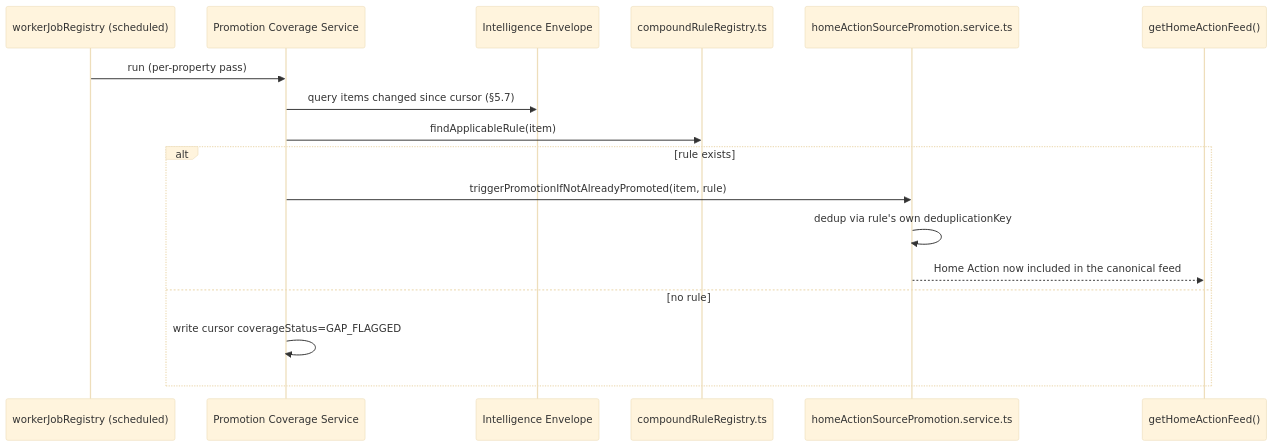
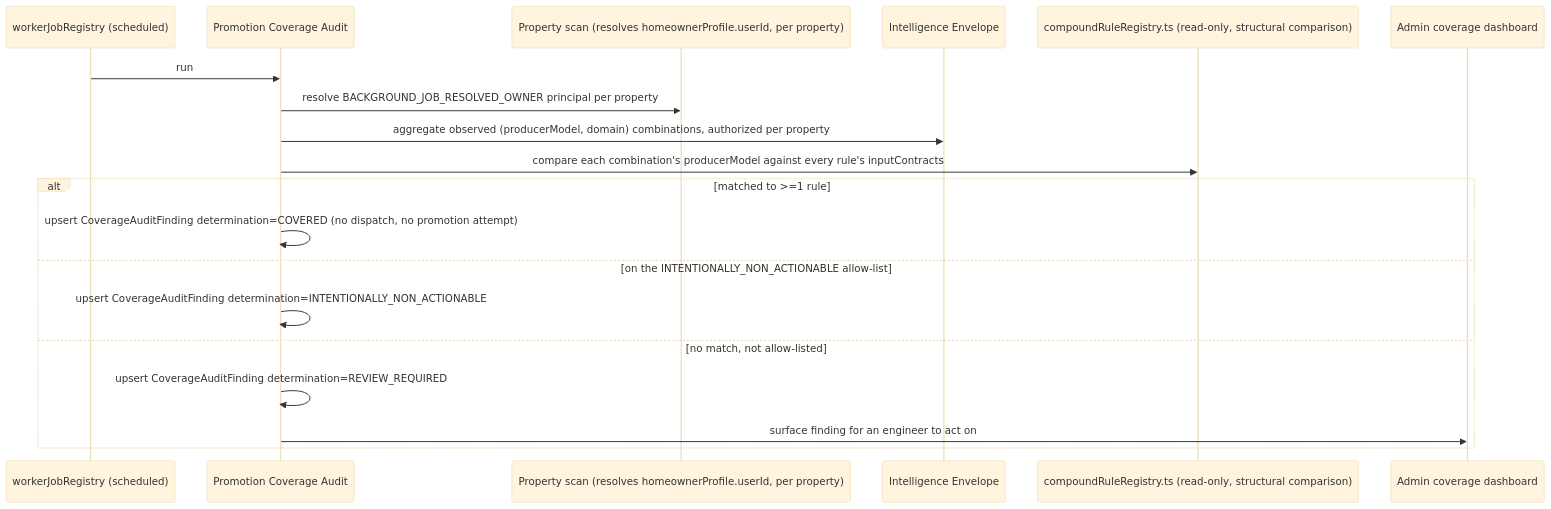
One commit to madhuboyin/contract-to-cozy1 changed the fifth of 9 diagrams in docs/architecture/C2C_INTELLIGENCE_AGENTIC_EVOLUTION_ARCHITECTURE.md. Above: the diagram before and after it, drawn with Mermaid (base theme). The commit also changed other lines of this file, not shown here.

````diff
--- a/docs/architecture/C2C_INTELLIGENCE_AGENTIC_EVOLUTION_ARCHITECTURE.md
+++ b/docs/architecture/C2C_INTELLIGENCE_AGENTIC_EVOLUTION_ARCHITECTURE.md
@@ -717,20 +760,22 @@
 ```mermaid
 sequenceDiagram
   participant Cron as workerJobRegistry (scheduled)
-  participant Cov as Promotion Coverage Service
+  participant Cov as Promotion Coverage Audit
+  participant Prop as Property scan (resolves homeownerProfile.userId, per property)
   participant Env as Intelligence Envelope
-  participant Rules as compoundRuleRegistry.ts
-  participant Promo as homeActionSourcePromotion.service.ts
-  participant Feed as getHomeActionFeed()
+  participant Rules as compoundRuleRegistry.ts (read-only, structural comparison)
+  participant Dash as Admin coverage dashboard
 
-  Cron->>Cov: run (per-property pass)
-  Cov->>Env: query items changed since cursor (§5.7)
-  Cov->>Rules: findApplicableRule(item)
-  alt rule exists
-    Cov->>Promo: triggerPromotionIfNotAlreadyPromoted(item, rule)
-    Promo->>Promo: dedup via rule's own deduplicationKey
-    Promo-->>Feed: Home Action now included in the canonical feed
-  else no rule
-    Cov->>Cov: write cursor coverageStatus=GAP_FLAGGED
+  Cron->>Cov: run
+  Cov->>Prop: resolve BACKGROUND_JOB_RESOLVED_OWNER principal per property
+  Cov->>Env: aggregate observed (producerModel, domain) combinations, authorized per property
+  Cov->>Rules: compare each combination's producerModel against every rule's inputContracts
+  alt matched to >=1 rule
+    Cov->>Cov: upsert CoverageAuditFinding determination=COVERED (no dispatch, no promotion attempt)
+  else on the INTENTIONALLY_NON_ACTIONABLE allow-list
+    Cov->>Cov: upsert CoverageAuditFinding determination=INTENTIONALLY_NON_ACTIONABLE
+  else no match, not allow-listed
+    Cov->>Cov: upsert CoverageAuditFinding determination=REVIEW_REQUIRED
+    Cov->>Dash: surface finding for an engineer to act on
   end
 ```
````
